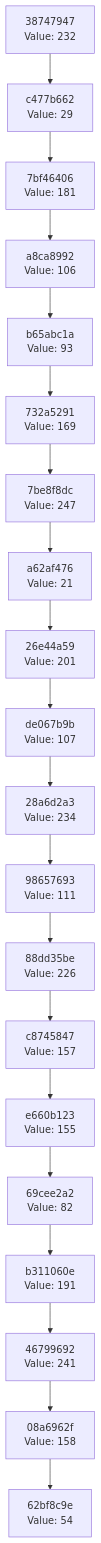
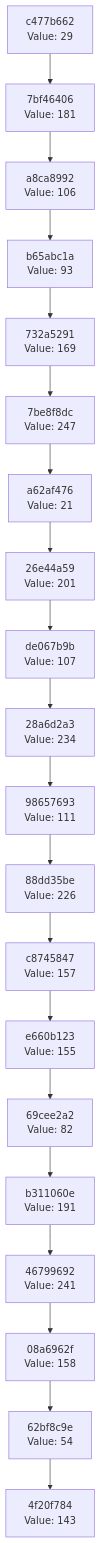
Before and after one commit to Abhisheksinha1506/hash-chain-evolver: the diagram in docs/CHAIN_VISUALIZATION.md, drawn with Mermaid. The commit also changed 2 other files, not shown here.

Commit message:
Evolution step: hash 0x8F → action executed

````diff
--- a/docs/CHAIN_VISUALIZATION.md
+++ b/docs/CHAIN_VISUALIZATION.md
@@ -3,42 +3,42 @@
 ```mermaid
 graph TD
-    C0["62bf8c9e<br/>Value: 54"]
-    C1["08a6962f<br/>Value: 158"]
+    C0["4f20f784<br/>Value: 143"]
+    C1["62bf8c9e<br/>Value: 54"]
     C1 --> C0
-    C2["46799692<br/>Value: 241"]
+    C2["08a6962f<br/>Value: 158"]
     C2 --> C1
-    C3["b311060e<br/>Value: 191"]
+    C3["46799692<br/>Value: 241"]
     C3 --> C2
-    C4["69cee2a2<br/>Value: 82"]
+    C4["b311060e<br/>Value: 191"]
     C4 --> C3
-    C5["e660b123<br/>Value: 155"]
+    C5["69cee2a2<br/>Value: 82"]
     C5 --> C4
-    C6["c8745847<br/>Value: 157"]
+    C6["e660b123<br/>Value: 155"]
     C6 --> C5
-    C7["88dd35be<br/>Value: 226"]
+    C7["c8745847<br/>Value: 157"]
     C7 --> C6
-    C8["98657693<br/>Value: 111"]
+    C8["88dd35be<br/>Value: 226"]
     C8 --> C7
-    C9["28a6d2a3<br/>Value: 234"]
+    C9["98657693<br/>Value: 111"]
     C9 --> C8
-    C10["de067b9b<br/>Value: 107"]
+    C10["28a6d2a3<br/>Value: 234"]
     C10 --> C9
-    C11["26e44a59<br/>Value: 201"]
+    C11["de067b9b<br/>Value: 107"]
     C11 --> C10
-    C12["a62af476<br/>Value: 21"]
+    C12["26e44a59<br/>Value: 201"]
     C12 --> C11
-    C13["7be8f8dc<br/>Value: 247"]
+    C13["a62af476<br/>Value: 21"]
     C13 --> C12
-    C14["732a5291<br/>Value: 169"]
+    C14["7be8f8dc<br/>Value: 247"]
     C14 --> C13
-    C15["b65abc1a<br/>Value: 93"]
+    C15["732a5291<br/>Value: 169"]
     C15 --> C14
-    C16["a8ca8992<br/>Value: 106"]
+    C16["b65abc1a<br/>Value: 93"]
     C16 --> C15
-    C17["7bf46406<br/>Value: 181"]
+    C17["a8ca8992<br/>Value: 106"]
     C17 --> C16
-    C18["c477b662<br/>Value: 29"]
+    C18["7bf46406<br/>Value: 181"]
     C18 --> C17
-    C19["38747947<br/>Value: 232"]
+    C19["c477b662<br/>Value: 29"]
     C19 --> C18
 ```
````
